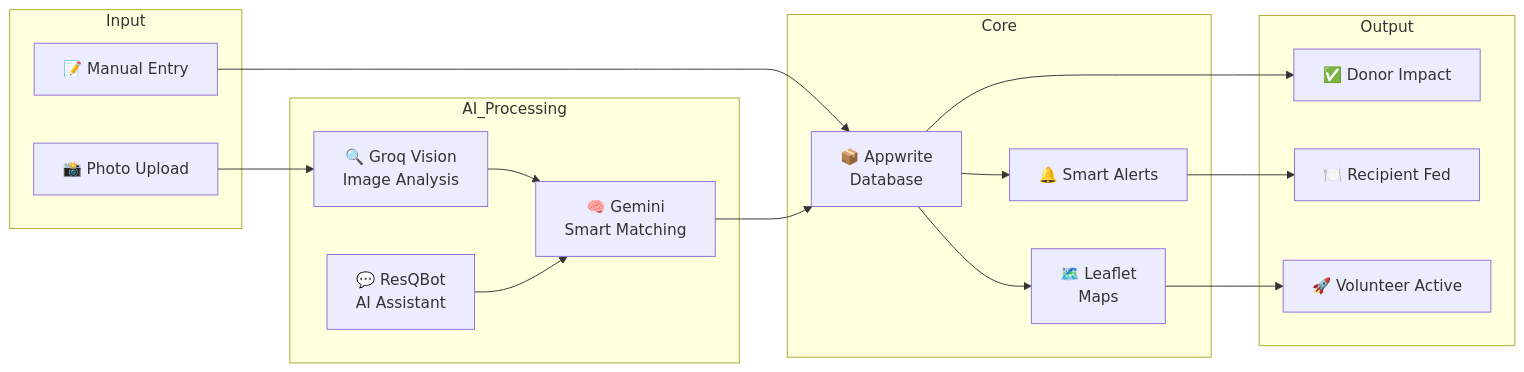
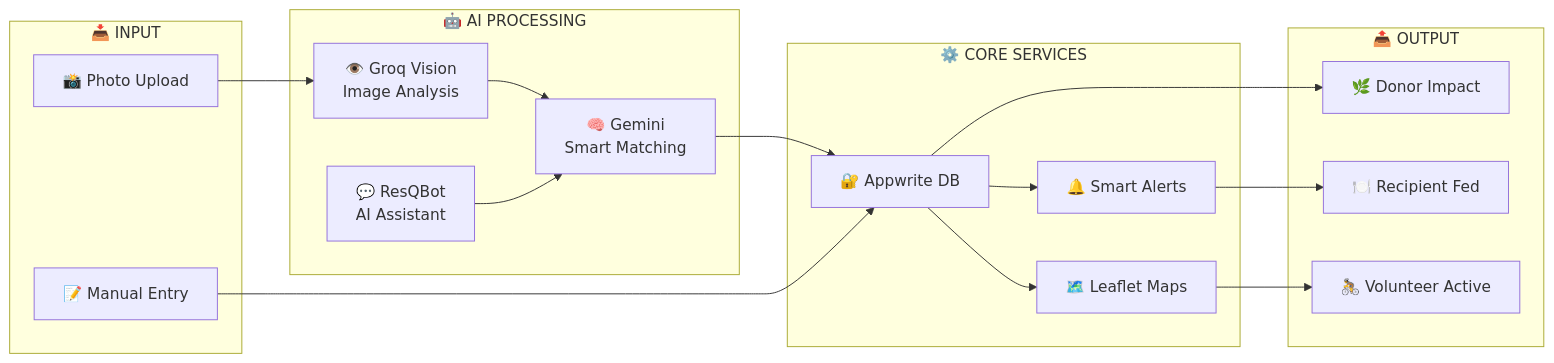
One commit to salonyranjan/ResQpla8 changed the third of 4 diagrams in README.md. Above: the diagram before and after it, drawn with Mermaid. The commit also changed other lines of this file, not shown here.

````diff
--- a/README.md
+++ b/README.md
@@ -400,36 +297,32 @@
 ```mermaid
 flowchart LR
-    subgraph Input
+    subgraph Input["📥 INPUT"]
         A[📸 Photo Upload]
         B[📝 Manual Entry]
     end
 
-    subgraph AI_Processing
-        C[🔍 Groq Vision<br/>Image Analysis]
+    subgraph AI_Processing["🤖 AI PROCESSING"]
+        C[👁️ Groq Vision<br/>Image Analysis]
         D[🧠 Gemini<br/>Smart Matching]
         E[💬 ResQBot<br/>AI Assistant]
     end
 
-    subgraph Core
-        F[📦 Appwrite<br/>Database]
-        G[🗺️ Leaflet<br/>Maps]
+    subgraph Core["⚙️ CORE SERVICES"]
+        F[🔐 Appwrite DB]
+        G[🗺️ Leaflet Maps]
         H[🔔 Smart Alerts]
     end
 
-    subgraph Output
-        I[✅ Donor Impact]
+    subgraph Output["📤 OUTPUT"]
+        I[🌿 Donor Impact]
         J[🍽️ Recipient Fed]
-        K[🚀 Volunteer Active]
+        K[🚴 Volunteer Active]
     end
 
-    A --> C
+    A --> C --> D --> F
     B --> F
-    C --> D
-    D --> F
     E --> D
-    F --> G
-    F --> H
-    G --> K
-    H --> J
+    F --> G --> K
+    F --> H --> J
     F --> I
 ```
````
